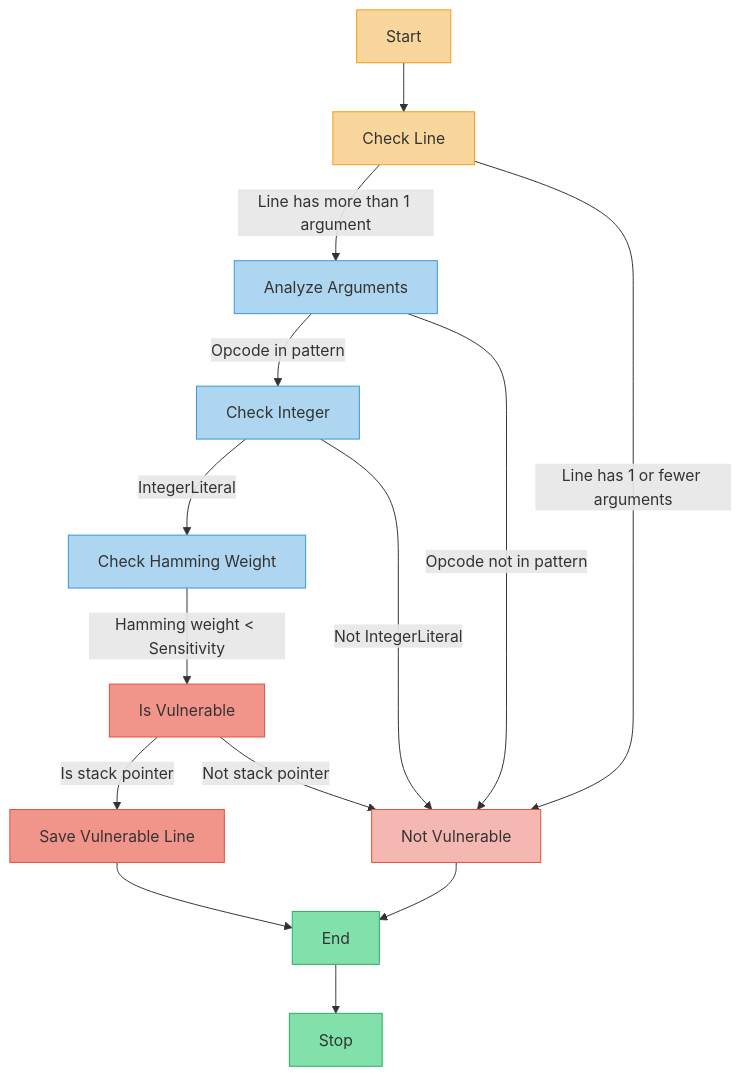
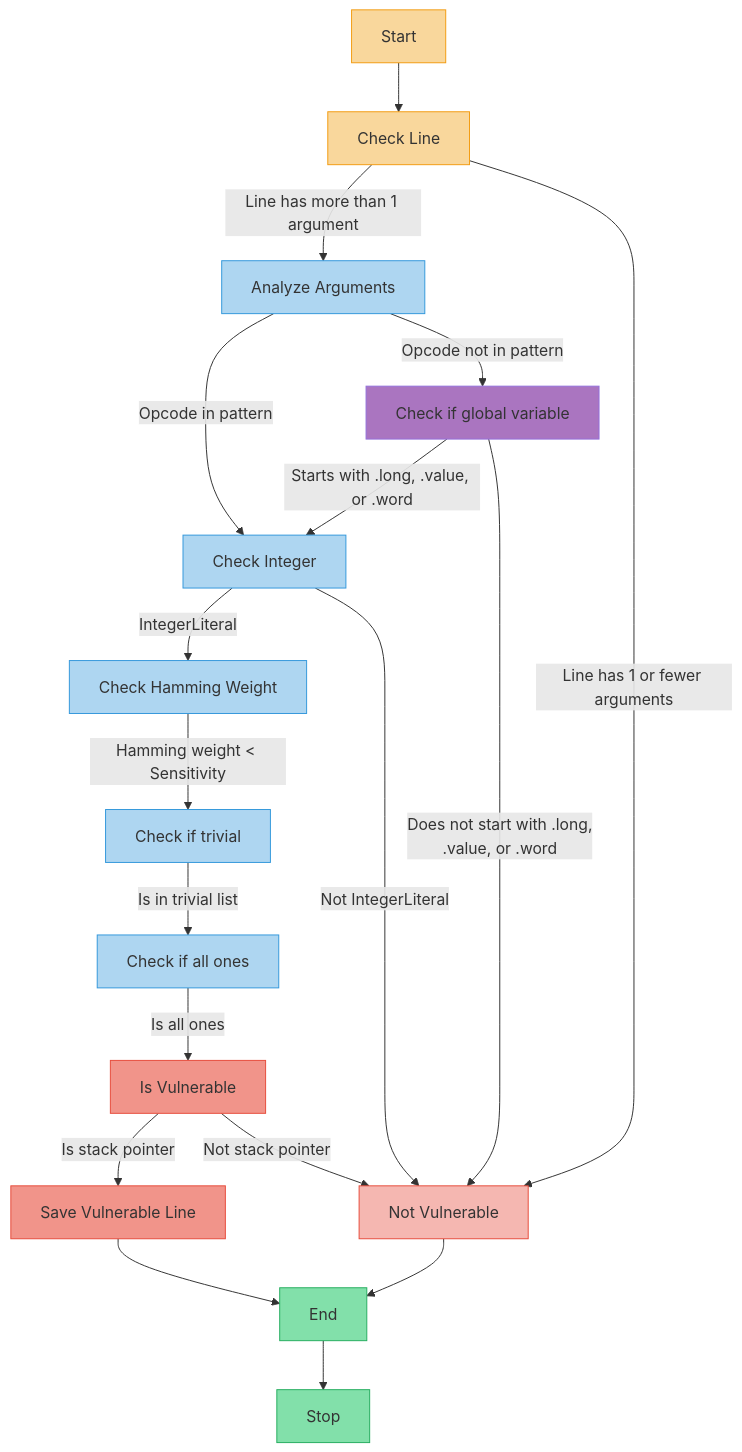
The diagram in docs/pattern_documentation/constant_detection.md (UCdasec/FaultArm), drawn with Mermaid before and after one commit.

Commit message:
Modified constant coding detection documentation

````diff
--- a/docs/pattern_documentation/constant_detection.md
+++ b/docs/pattern_documentation/constant_detection.md
@@ -63,26 +63,33 @@
 ```mermaid
 graph TD;
   Start[Start] --> CheckLine[Check Line];
   style Start fill:#f9d79c,stroke:#f39c12;
   style CheckLine fill:#f9d79c,stroke:#f39c12;
   CheckLine -->|Line has more than 1 argument| AnalyzeArguments[Analyze Arguments];
   style AnalyzeArguments fill:#aed6f1,stroke:#3498db;
   AnalyzeArguments -->|Opcode in pattern| CheckInteger[Check Integer];
   style CheckInteger fill:#aed6f1,stroke:#3498db;
   CheckInteger -->|IntegerLiteral| CheckHammingWeight[Check Hamming Weight];
   style CheckHammingWeight fill:#aed6f1,stroke:#3498db;
-  CheckHammingWeight -->|Hamming weight < Sensitivity| IsVulnerable[Is Vulnerable];
+  CheckHammingWeight -->|Hamming weight < Sensitivity| CheckIfTrivial[Check if trivial];
+  style CheckIfTrivial fill:#aed6f1,stroke:#3498db;
+  CheckIfTrivial -->|Is in trivial list| CheckIfAllOnes[Check if all ones]
+  style CheckIfAllOnes fill:#aed6f1,stroke:#3498db;
+  CheckIfAllOnes -->|Is all ones| IsVulnerable[Is Vulnerable];
   style IsVulnerable fill:#f1948a,stroke:#e74c3c;
   CheckInteger -->|Not IntegerLiteral| NotVulnerable[Not Vulnerable];
   style NotVulnerable fill:#f5b7b1,stroke:#e74c3c;
-  AnalyzeArguments -->|Opcode not in pattern| NotVulnerable;
+  AnalyzeArguments -->|Opcode not in pattern| CheckIfGlobal[Check if global variable];
+  CheckIfGlobal -->|Starts with .long, .value, or .word| CheckInteger[Check Integer];
+  style CheckIfGlobal fill:#aa75c0
+  CheckIfGlobal -->|Does not start with .long,\n.value, or .word| NotVulnerable;
   CheckLine -->|Line has 1 or fewer arguments| NotVulnerable;
   IsVulnerable -->|Is stack pointer| SaveVulnerableLine[Save Vulnerable Line];
   style SaveVulnerableLine fill:#f1948a,stroke:#e74c3c;
   IsVulnerable -->|Not stack pointer| NotVulnerable;
   SaveVulnerableLine --> End[End];
   style End fill:#82e0aa,stroke:#27ae60;
   NotVulnerable --> End;
   End --> Stop[Stop];
   style Stop fill:#82e0aa,stroke:#27ae60;
 ```
````
